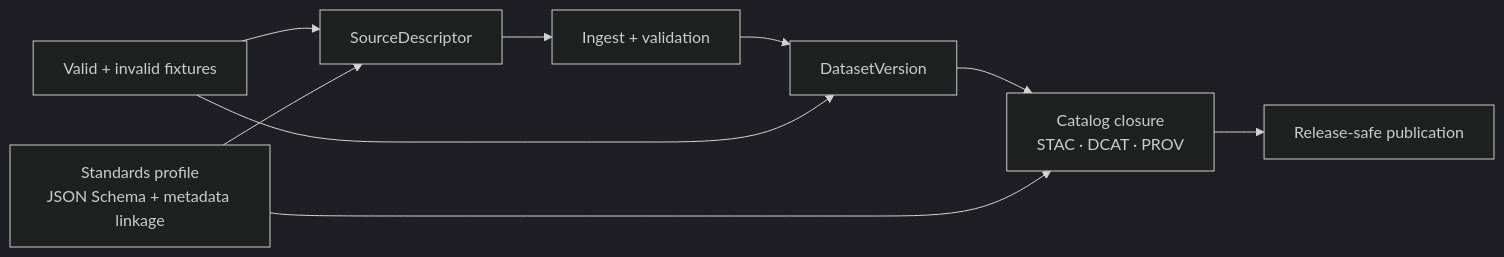
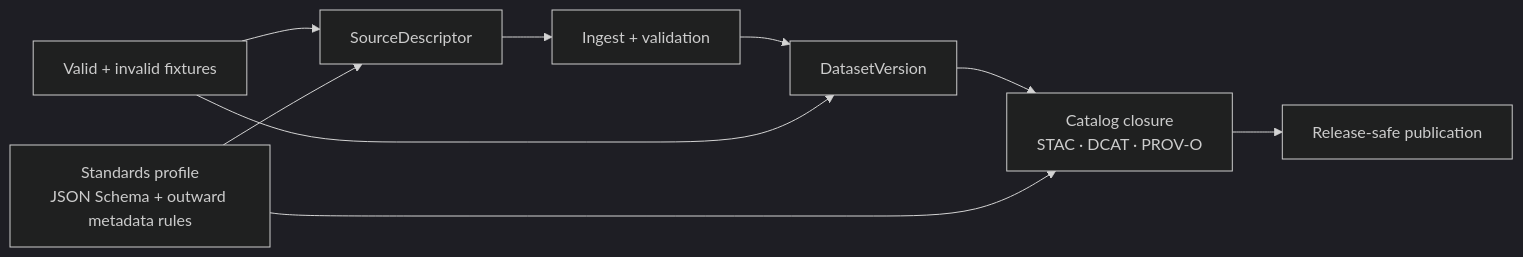
Before and after one commit to bartytime4life/Kansas-Frontier-Matrix: the diagram in data/specs/README.md, drawn with Mermaid (dark theme). The commit also changed other lines of this file, not shown here.

````diff
--- a/data/specs/README.md
+++ b/data/specs/README.md
@@ -184,11 +201,11 @@
 ```mermaid
 flowchart LR
     A[SourceDescriptor] --> B[Ingest + validation]
     B --> C[DatasetVersion]
-    C --> D[Catalog closure<br/>STAC · DCAT · PROV]
+    C --> D[Catalog closure<br/>STAC · DCAT · PROV-O]
     D --> E[Release-safe publication]
     F[Valid + invalid fixtures] --> A
     F --> C
-    G[Standards profile<br/>JSON Schema + metadata linkage] --> A
+    G[Standards profile<br/>JSON Schema + outward metadata rules] --> A
     G --> D
 ```
````
